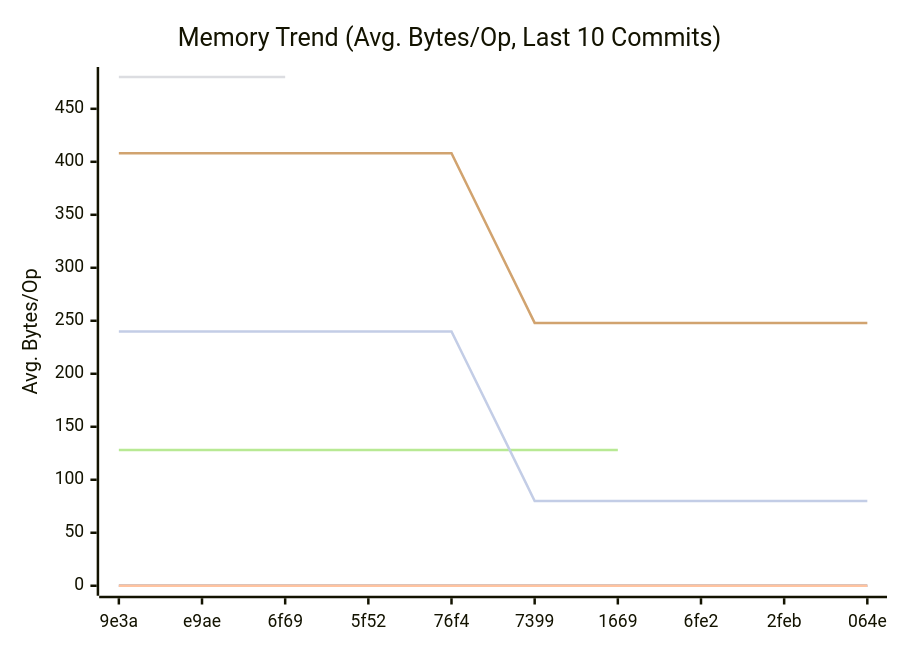
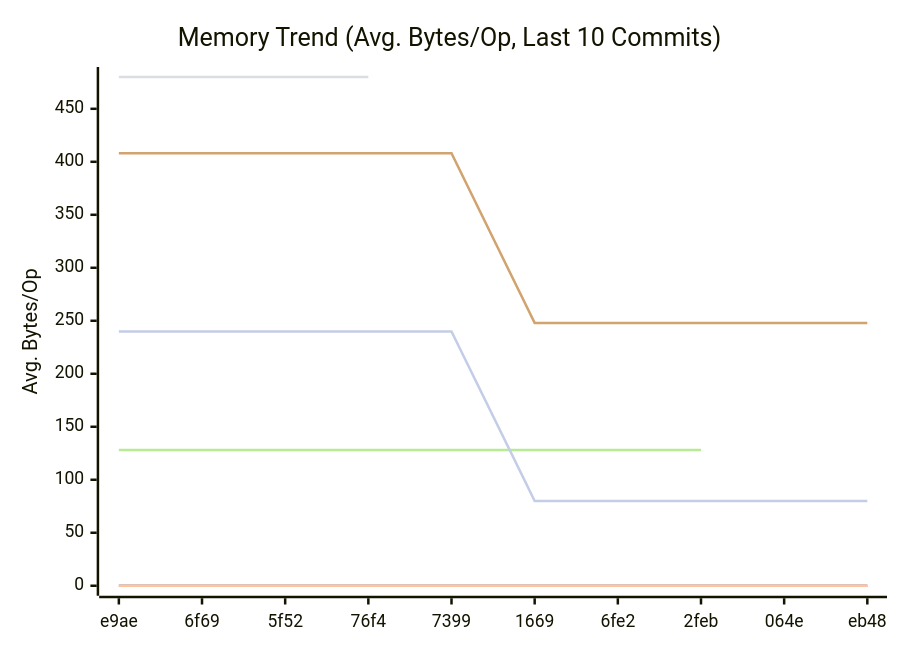
Before and after one commit to alsotoes/momo: the second of 3 diagrams in doc/README.md, drawn with Mermaid. The commit also changed other lines of this file and 1 other file, not shown here.

````diff
--- a/doc/README.md
+++ b/doc/README.md
@@ -311,14 +311,14 @@
 ```mermaid
 xychart-beta
     title "Memory Trend (Avg. Bytes/Op, Last 10 Commits)"
     x-axis "Commit"
     y-axis "Avg. Bytes/Op"
-    x-axis [9e3a,e9ae,6f69,5f52,76f4,7399,1669,6fe2,2feb,064e]
+    x-axis [e9ae,6f69,5f52,76f4,7399,1669,6fe2,2feb,064e,eb48]
     line "CheckMetricsAndSwap" [0,0,0,0,0,0,0,0,0,0]
     line "IndexDirectTracking" [0,0,0,0,0,0,0,0,0,0]
     line "IndexSearch" [0,0,0,0,0,0,0,0,0,0]
-    line "LoadGlobalConfig" [480,480,480]
-    line "PadString" [128,128,128,128,128,128,128]
+    line "LoadGlobalConfig" [480,480,480,480]
+    line "PadString" [128,128,128,128,128,128,128,128]
     line "ParseReplicationOrder_NoPrealloc" [408,408,408,408,408,248,248,248,248,248]
     line "ParseReplicationOrder_Prealloc" [240,240,240,240,240,80,80,80,80,80]
 ```
````
